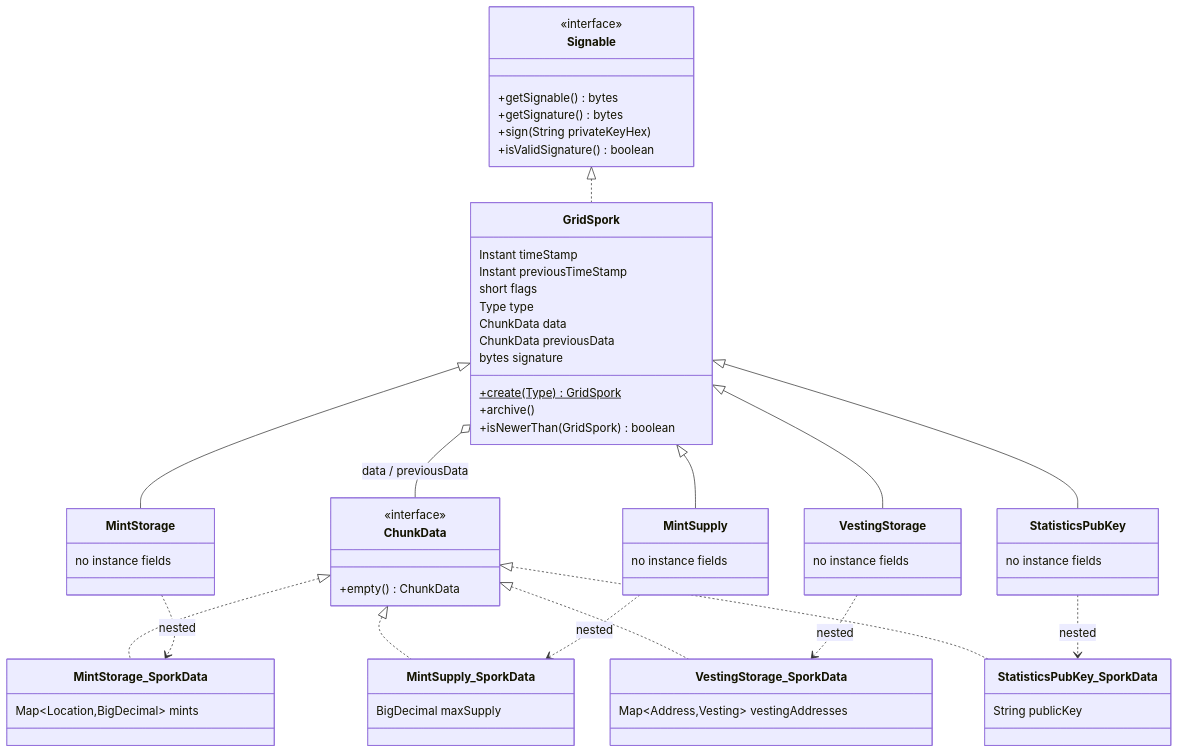
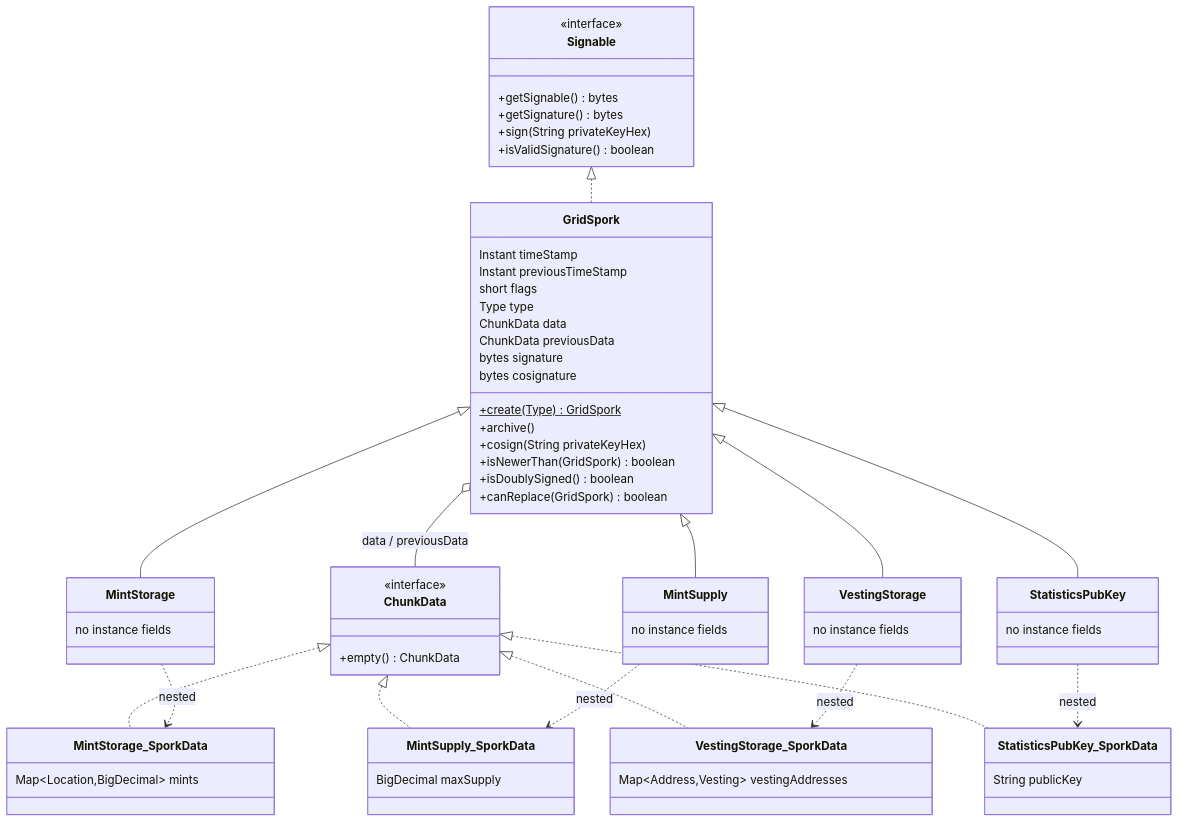
The first of 3 diagrams in documentation/sporks.md (unigrid-project/hedgehog), drawn with Mermaid before and after one commit. The commit also changed other lines of this file, not shown here.

Commit message:
Document double signed sporks and proposals

````diff
--- a/documentation/sporks.md
+++ b/documentation/sporks.md
@@ -159,65 +164,69 @@
 ```mermaid
 classDiagram
     class Signable {
         <<interface>>
         +getSignable() bytes
         +getSignature() bytes
         +sign(String privateKeyHex)
         +isValidSignature() boolean
     }
     class ChunkData {
         <<interface>>
         +empty() ChunkData
     }
     class GridSpork {
         Instant timeStamp
         Instant previousTimeStamp
         short flags
         Type type
         ChunkData data
         ChunkData previousData
         bytes signature
+        bytes cosignature
         +create(Type)$ GridSpork
         +archive()
+        +cosign(String privateKeyHex)
         +isNewerThan(GridSpork) boolean
+        +isDoublySigned() boolean
+        +canReplace(GridSpork) boolean
     }
     class MintStorage {
         no instance fields
     }
     class MintSupply {
         no instance fields
     }
     class VestingStorage {
         no instance fields
     }
     class StatisticsPubKey {
         no instance fields
     }
     class MintStorage_SporkData {
         Map~Location,BigDecimal~ mints
     }
     class MintSupply_SporkData {
         BigDecimal maxSupply
     }
     class VestingStorage_SporkData {
         Map~Address,Vesting~ vestingAddresses
     }
     class StatisticsPubKey_SporkData {
         String publicKey
     }
 
     Signable <|.. GridSpork
     GridSpork <|-- MintStorage
     GridSpork <|-- MintSupply
     GridSpork <|-- VestingStorage
     GridSpork <|-- StatisticsPubKey
     ChunkData <|.. MintStorage_SporkData
     ChunkData <|.. MintSupply_SporkData
     ChunkData <|.. VestingStorage_SporkData
     ChunkData <|.. StatisticsPubKey_SporkData
     GridSpork o-- ChunkData : data / previousData
     MintStorage ..> MintStorage_SporkData : nested
     MintSupply ..> MintSupply_SporkData : nested
     VestingStorage ..> VestingStorage_SporkData : nested
     StatisticsPubKey ..> StatisticsPubKey_SporkData : nested
 ```
````
